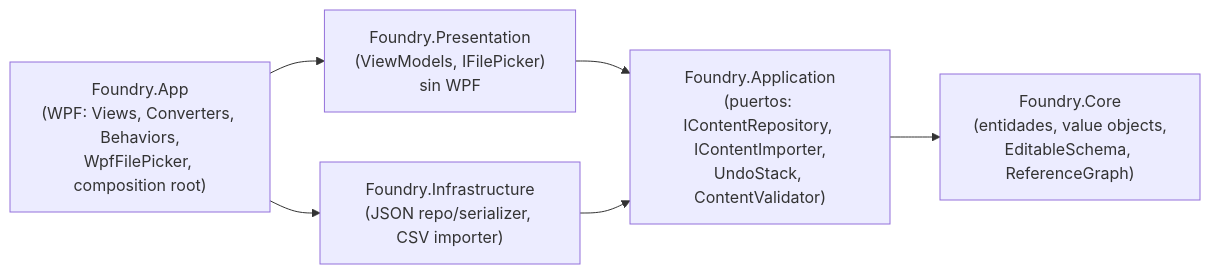
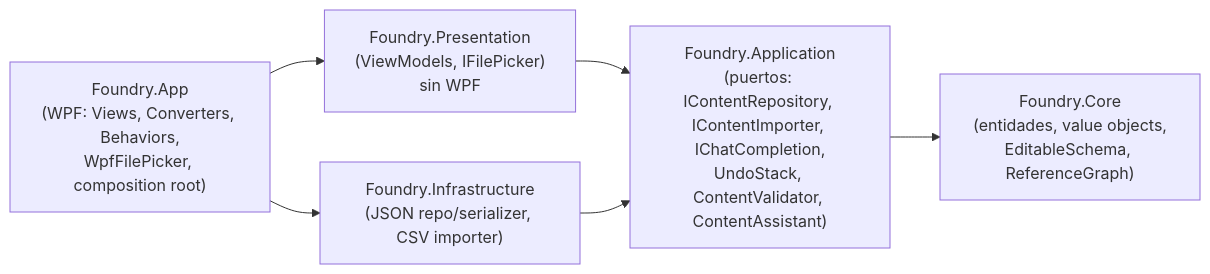
The diagram in README.md (JM7Lacal/foundry), drawn with Mermaid before and after one commit. The commit also changed other lines of this file and 26 other files, not shown here.

````diff
--- a/README.md
+++ b/README.md
@@ -52,14 +57,14 @@
 ```mermaid
 flowchart LR
     App["Foundry.App\n(WPF: Views, Converters, Behaviors,\nWpfFilePicker, composition root)"]
     Pres["Foundry.Presentation\n(ViewModels, IFilePicker)\nsin WPF"]
     Infra["Foundry.Infrastructure\n(JSON repo/serializer, CSV importer)"]
-    Appl["Foundry.Application\n(puertos: IContentRepository, IContentImporter,\nUndoStack, ContentValidator)"]
+    Appl["Foundry.Application\n(puertos: IContentRepository, IContentImporter, IChatCompletion,\nUndoStack, ContentValidator, ContentAssistant)"]
     Core["Foundry.Core\n(entidades, value objects,\nEditableSchema, ReferenceGraph)"]
 
     App --> Pres
     App --> Infra
     Pres --> Appl
     Infra --> Appl
     Appl --> Core
 ```
````
